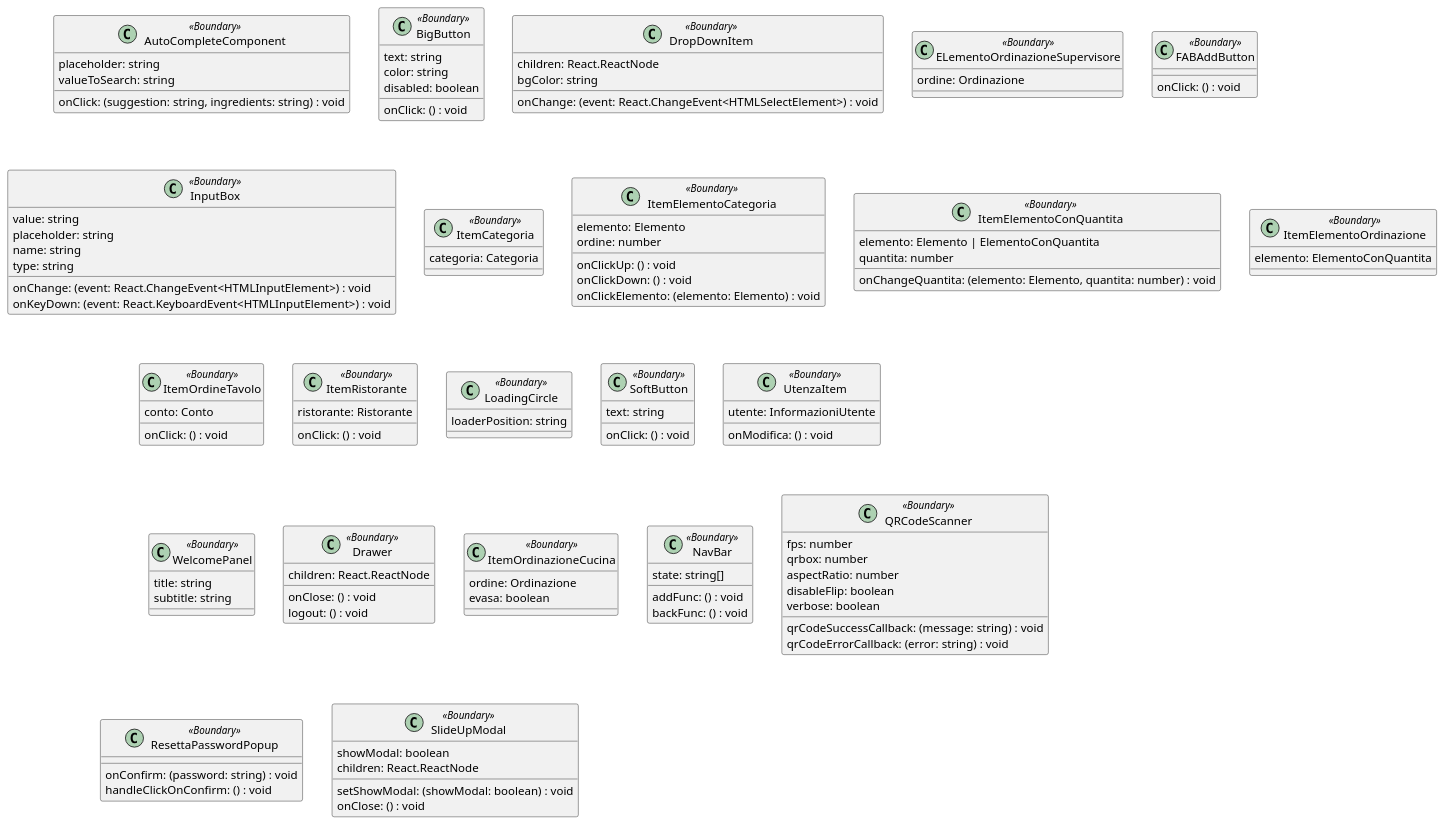
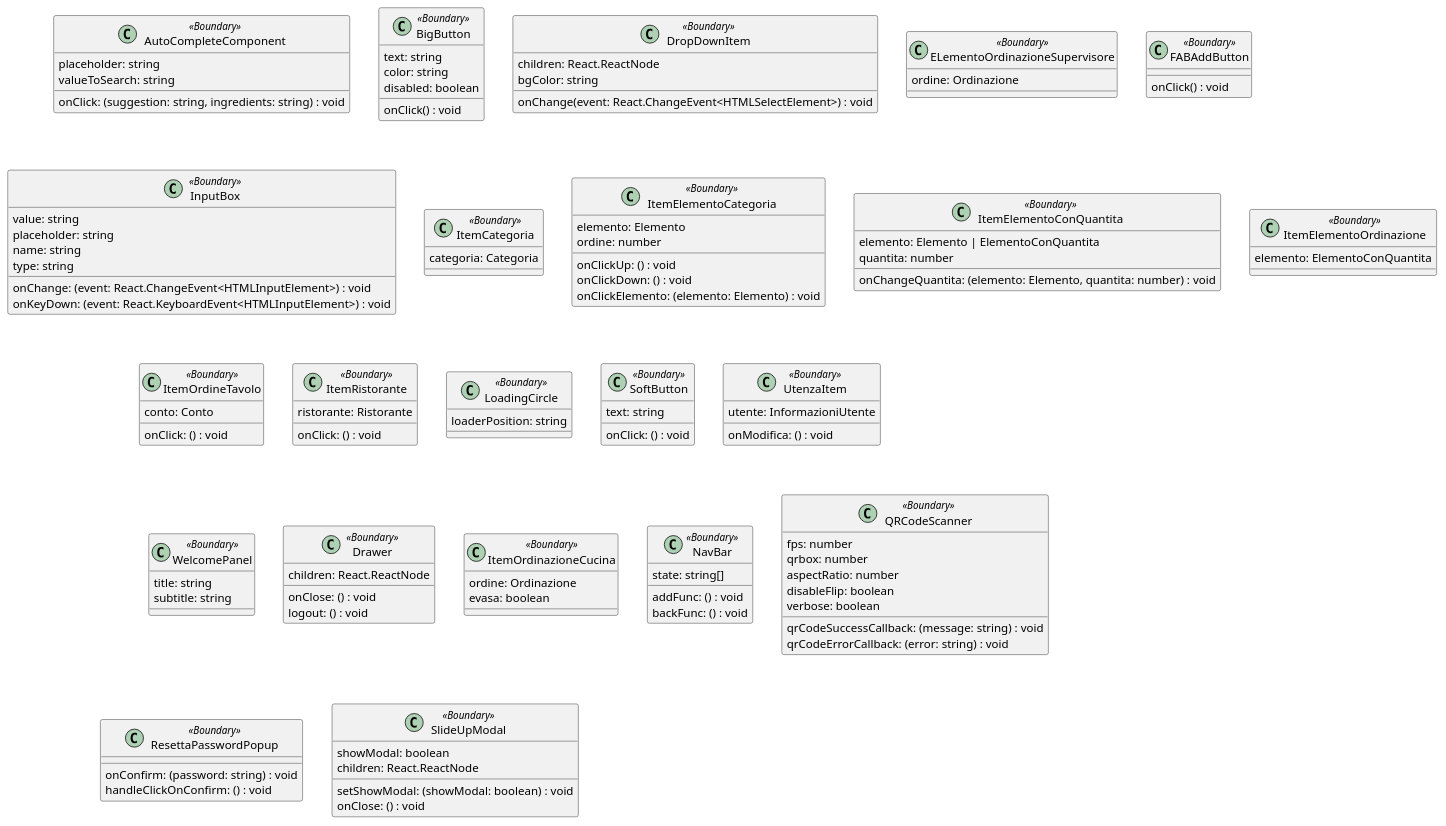
The diagram in diagrams/PUML/Boundary-Components.puml (macro21KGB/Esame-INGSW-22-23), drawn with PlantUML before and after one commit. The commit also changed 1 other file, not shown here.

```diff
--- a/diagrams/PUML/Boundary-Components.puml
+++ b/diagrams/PUML/Boundary-Components.puml
@@ -1,159 +1,161 @@
 @startuml component_diagram
 class AutoCompleteComponent <<Boundary>> {
 
     placeholder: string
     onClick: (suggestion: string, ingredients: string) : void
     valueToSearch: string
 
 }
 
 class BigButton <<Boundary>> {
 
-  onClick: () : void
+  onClick() : void
   text: string
   color: string
   disabled: boolean
 
 }
 
 class DropDownItem <<Boundary>> {
-
+	
   children: React.ReactNode
-  onChange: (event: React.ChangeEvent<HTMLSelectElement>) : void
+  onChange(event: React.ChangeEvent<HTMLSelectElement>) : void
   bgColor: string
 
 }
 
 class ELementoOrdinazioneSupervisore <<Boundary>> {
 
     ordine: Ordinazione
 
 }
 class FABAddButton <<Boundary>> {
 
-	onClick: () : void
+	onClick() : void
 
 }
 class InputBox <<Boundary>> {
 
 	value: string
 	placeholder: string
 	name: string
 	type: string
 	onChange: (event: React.ChangeEvent<HTMLInputElement>) : void
 	onKeyDown: (event: React.KeyboardEvent<HTMLInputElement>) : void
 
 }
+
 class ItemCategoria <<Boundary>> {
 
     categoria: Categoria
 
 }
 class ItemElementoCategoria <<Boundary>> {
 
 	elemento: Elemento
 	onClickUp: () : void
 	onClickDown: () : void
 	onClickElemento: (elemento: Elemento) : void
 	ordine: number
 
 }
+
 class ItemElementoConQuantita <<Boundary>> {
 
 	elemento: Elemento | ElementoConQuantita
 	quantita: number
 	onChangeQuantita: (elemento: Elemento, quantita: number) : void
 
 }
 class ItemElementoOrdinazione <<Boundary>> {
 
 	elemento: ElementoConQuantita
 
 }
 class ItemOrdineTavolo <<Boundary>> {
 
     conto: Conto
     onClick: () : void
 
 }
 class ItemRistorante <<Boundary>> {
 
     ristorante: Ristorante
     onClick: () : void
 
 }
 class LoadingCircle <<Boundary>> {
 
 	loaderPosition: string
 
 }
 class SoftButton <<Boundary>> {
 
   text: string
   onClick: () : void
 
 }
 class UtenzaItem <<Boundary>> {
 
 	utente: InformazioniUtente
 	onModifica: () : void
 
 }
 class WelcomePanel <<Boundary>> {
 
   title: string
 	subtitle: string
 
 }
 
 class Drawer <<Boundary>> {
 
     onClose: () : void
     logout: () : void
     children: React.ReactNode
 
 }
 
 class ItemOrdinazioneCucina <<Boundary>> {
 
     ordine: Ordinazione
     evasa: boolean
 
 }
 
 class NavBar <<Boundary>> {
 
 	addFunc: () : void
 	backFunc: () : void
 	state: string[]
 }
 
 class QRCodeScanner <<Boundary>> {
 	
   fps: number
 	qrbox: number
 	aspectRatio: number
 	disableFlip: boolean
 	verbose: boolean
 	qrCodeSuccessCallback: (message: string) : void
 	qrCodeErrorCallback: (error: string) : void
 
 }
 
 class ResettaPasswordPopup <<Boundary>> {
 
     onConfirm: (password: string) : void
     handleClickOnConfirm: () : void
 
 }
 
 class SlideUpModal <<Boundary>> {
 
 	showModal: boolean
 	setShowModal: (showModal: boolean) : void
 	children: React.ReactNode
 	onClose: () : void
 
 }
 
 @enduml
```
